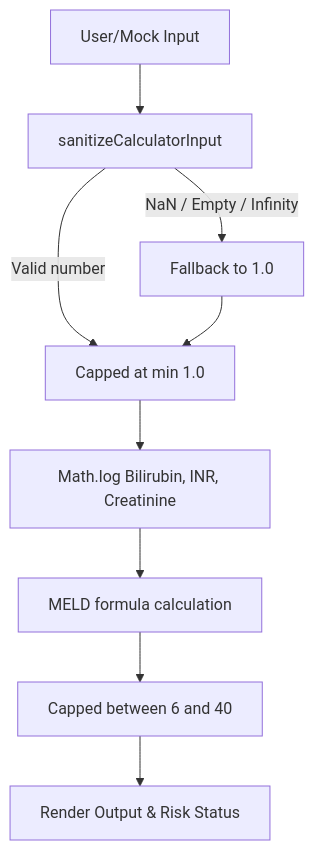
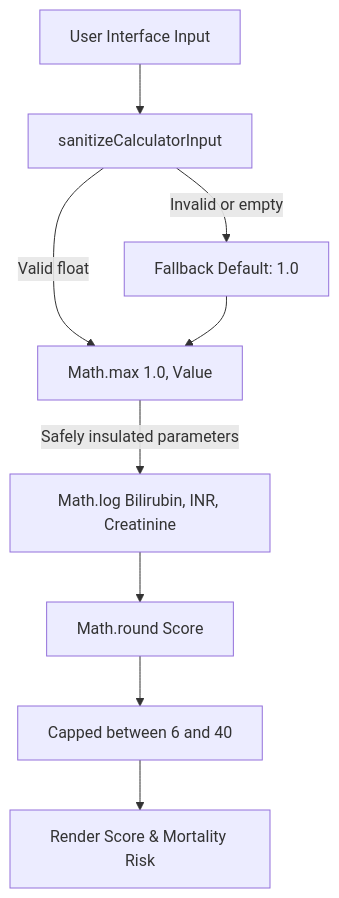
The diagram in analysis_documentation/meld_calculator_bug.md (safevoice009/shinrin-ai), drawn with Mermaid before and after one commit. The commit also changed other lines of this file and 2 other files, not shown here.

````diff
--- a/analysis_documentation/meld_calculator_bug.md
+++ b/analysis_documentation/meld_calculator_bug.md
@@ -59,11 +60,11 @@
 ```mermaid
 graph TD
-    A[User/Mock Input] --> B[sanitizeCalculatorInput]
-    B -->|NaN / Empty / Infinity| C[Fallback to 1.0]
-    B -->|Valid number| D[Capped at min 1.0]
-    C --> D
-    D --> E[Math.log Bilirubin, INR, Creatinine]
-    E --> F[MELD formula calculation]
-    F --> G[Capped between 6 and 40]
-    G --> H[Render Output & Risk Status]
+    UserInp[User Interface Input] --> Sanitizer[sanitizeCalculatorInput]
+    Sanitizer -->|Invalid or empty| DefaultVal[Fallback Default: 1.0]
+    Sanitizer -->|Valid float| PositiveCap[Math.max 1.0, Value]
+    DefaultVal --> PositiveCap
+    PositiveCap -->|Safely insulated parameters| LogFormula[Math.log Bilirubin, INR, Creatinine]
+    LogFormula --> Round[Math.round Score]
+    Round --> ClinicalCap[Capped between 6 and 40]
+    ClinicalCap --> UIRender[Render Score & Mortality Risk]
 ```
````
